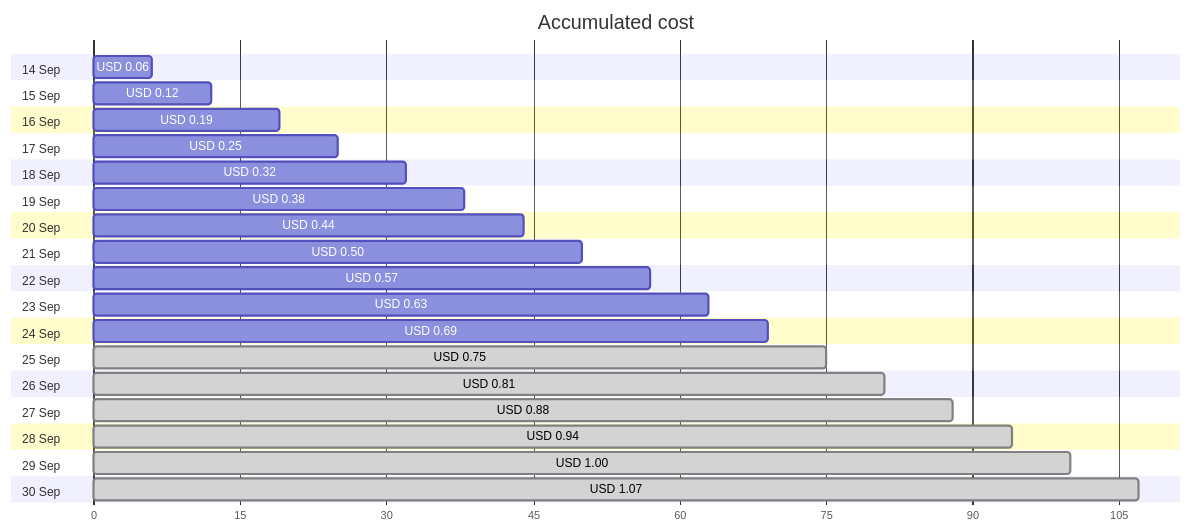
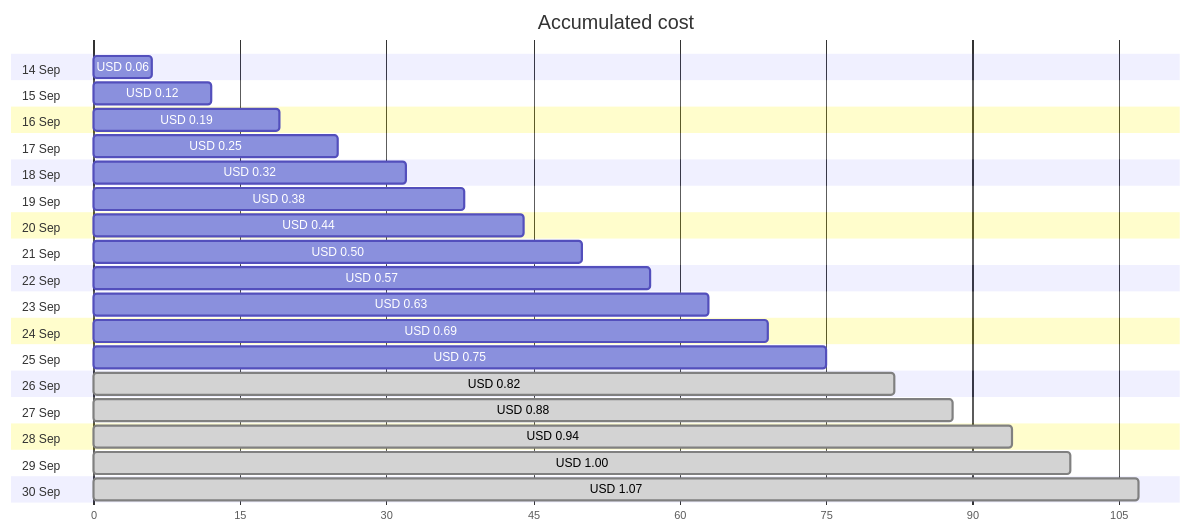
One commit to jpfulton/azure-personal-reports changed the first of 4 diagrams in cost-reports/personal-network/backup-server_OsDisk.md. Above: the diagram before and after it, drawn with Mermaid. The commit also changed other lines of this file and 9 other files, not shown here.

````diff
--- a/cost-reports/personal-network/backup-server_OsDisk.md
+++ b/cost-reports/personal-network/backup-server_OsDisk.md
@@ -20,40 +20,40 @@
 ```mermaid
 gantt
    title Accumulated cost
    dateFormat  X
    axisFormat %s
    section 14 Sep
    USD 0.06 :0, 6
    section 15 Sep
    USD 0.12 :0, 12
    section 16 Sep
    USD 0.19 :0, 19
    section 17 Sep
    USD 0.25 :0, 25
    section 18 Sep
    USD 0.32 :0, 32
    section 19 Sep
    USD 0.38 :0, 38
    section 20 Sep
    USD 0.44 :0, 44
    section 21 Sep
    USD 0.50 :0, 50
    section 22 Sep
    USD 0.57 :0, 57
    section 23 Sep
    USD 0.63 :0, 63
    section 24 Sep
    USD 0.69 :0, 69
    section 25 Sep
-   USD 0.75 : done, 0, 75
+   USD 0.75 :0, 75
    section 26 Sep
-   USD 0.81 : done, 0, 81
+   USD 0.82 : done, 0, 82
    section 27 Sep
    USD 0.88 : done, 0, 88
    section 28 Sep
    USD 0.94 : done, 0, 94
    section 29 Sep
    USD 1.00 : done, 0, 100
    section 30 Sep
    USD 1.07 : done, 0, 107
 ```
````
